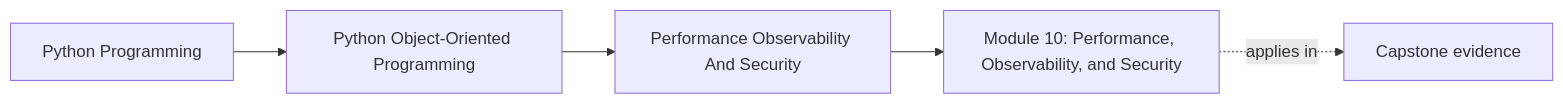
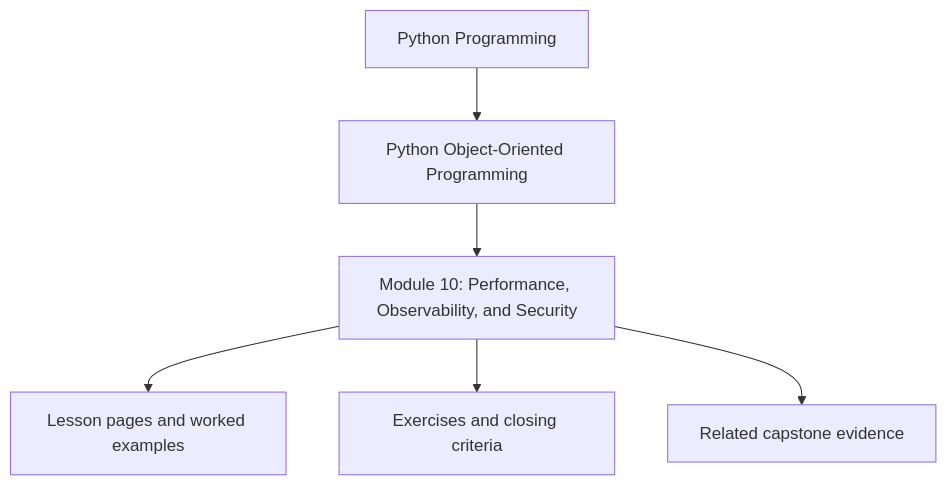
One commit to bijux/bijux-masterclass changed the first of 2 diagrams in programs/python-programming/python-object-oriented-programming/course-book/module-10-performance-observability-and-security/index.md. Above: the diagram before and after it, drawn with Mermaid. The commit also changed other lines of this file and 10 other files, not shown here.

Commit message:
docs(python-object-oriented-programming): reposition module overview diagrams

````diff
--- a/programs/python-programming/python-object-oriented-programming/course-book/module-10-performance-observability-and-security/index.md
+++ b/programs/python-programming/python-object-oriented-programming/course-book/module-10-performance-observability-and-security/index.md
@@ -7,11 +7,8 @@
 ```mermaid
-graph LR
-  family["Python Programming"]
-  program["Python Object-Oriented Programming"]
-  section["Performance Observability And Security"]
-  page["Module 10: Performance, Observability, and Security"]
-  capstone["Capstone evidence"]
-
-  family --> program --> section --> page
-  page -.applies in.-> capstone
+flowchart TD
+  family["Python Programming"] --> program["Python Object-Oriented Programming"]
+  program --> module["Module 10: Performance, Observability, and Security"]
+  module --> lessons["Lesson pages and worked examples"]
+  module --> checkpoints["Exercises and closing criteria"]
+  module --> capstone["Related capstone evidence"]
 ```
````
